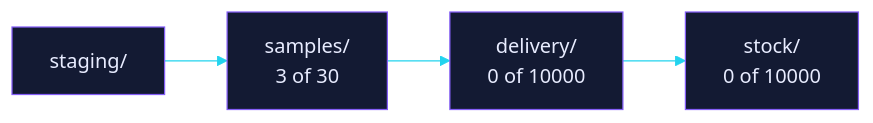
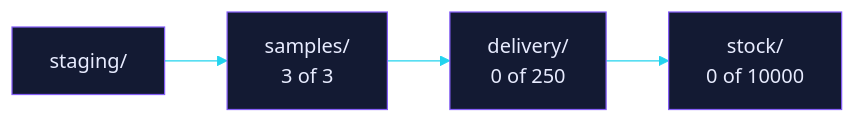
One commit to EtharaOrion/deku-samples changed the second of 2 diagrams in README.md. Above: the diagram before and after it, drawn with Mermaid. The commit also changed other lines of this file, not shown here.

Commit message:
docs(readme): render samples README for the published ceilings

````diff
--- a/README.md
+++ b/README.md
@@ -78,8 +78,8 @@
 ```mermaid
 %%{init: {"theme":"base","themeVariables":{"primaryColor":"#131a33","primaryTextColor":"#e8ecff","primaryBorderColor":"#845EF7","lineColor":"#22d3ee","fontFamily":"monospace"}}}%%
 flowchart LR
     staging["staging/"]
-    staging --> samples["samples/<br/>3 of 30"]
-    samples --> delivery["delivery/<br/>0 of 10000"]
+    staging --> samples["samples/<br/>3 of 3"]
+    samples --> delivery["delivery/<br/>0 of 250"]
     delivery --> stock["stock/<br/>0 of 10000"]
 ```
````
